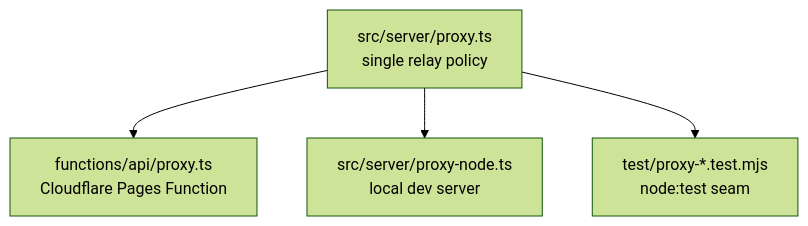
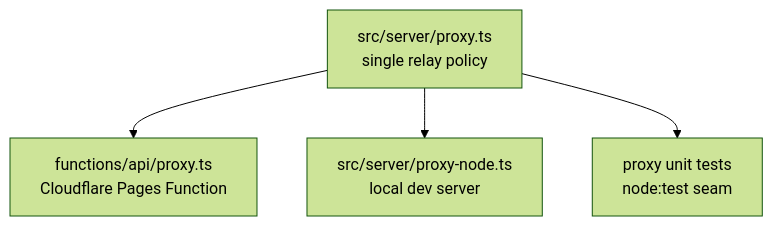
One commit to lovasoa/dezoomify changed the third of 3 diagrams in docs/architecture.md. Above: the diagram before and after it, drawn with Mermaid (forest theme). The commit also changed other lines of this file and 2 other files, not shown here.

First line of the commit message:
docs: fix mermaid syntax for GitHub rendering

````diff
--- a/docs/architecture.md
+++ b/docs/architecture.md
@@ -68,6 +68,6 @@
 ```mermaid
 flowchart TD
     CORE[src/server/proxy.ts<br/>single relay policy] --> CF[functions/api/proxy.ts<br/>Cloudflare Pages Function]
     CORE --> NODE[src/server/proxy-node.ts<br/>local dev server]
-    CORE --> TEST[test/proxy-*.test.mjs<br/>node:test seam]
+    CORE --> TEST[proxy unit tests<br/>node:test seam]
 ```
````
